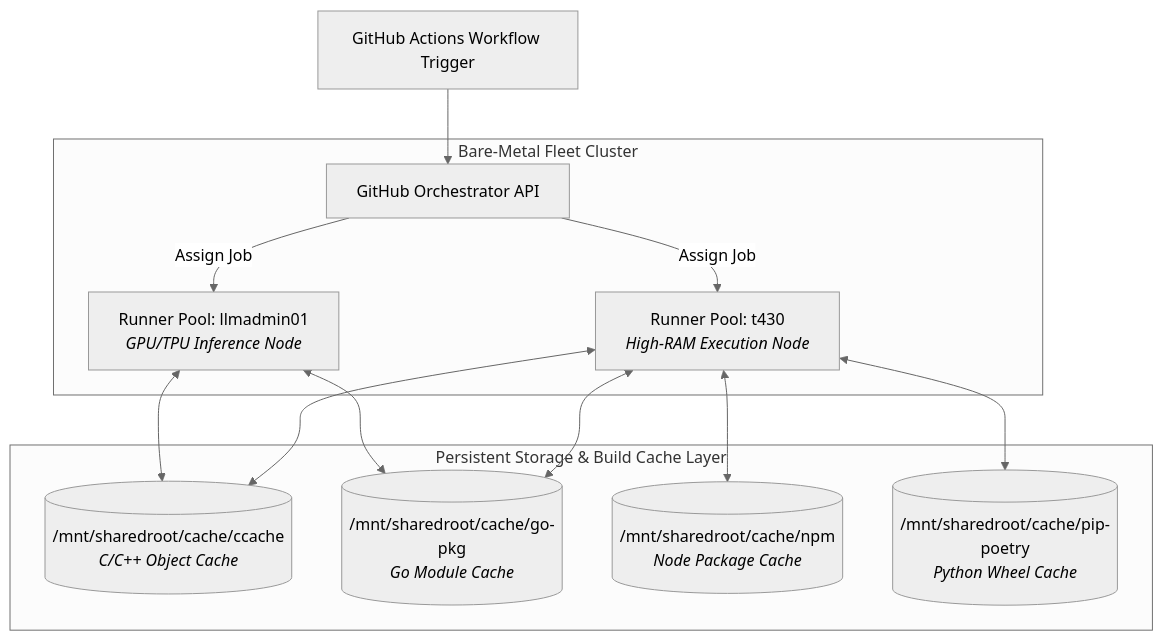
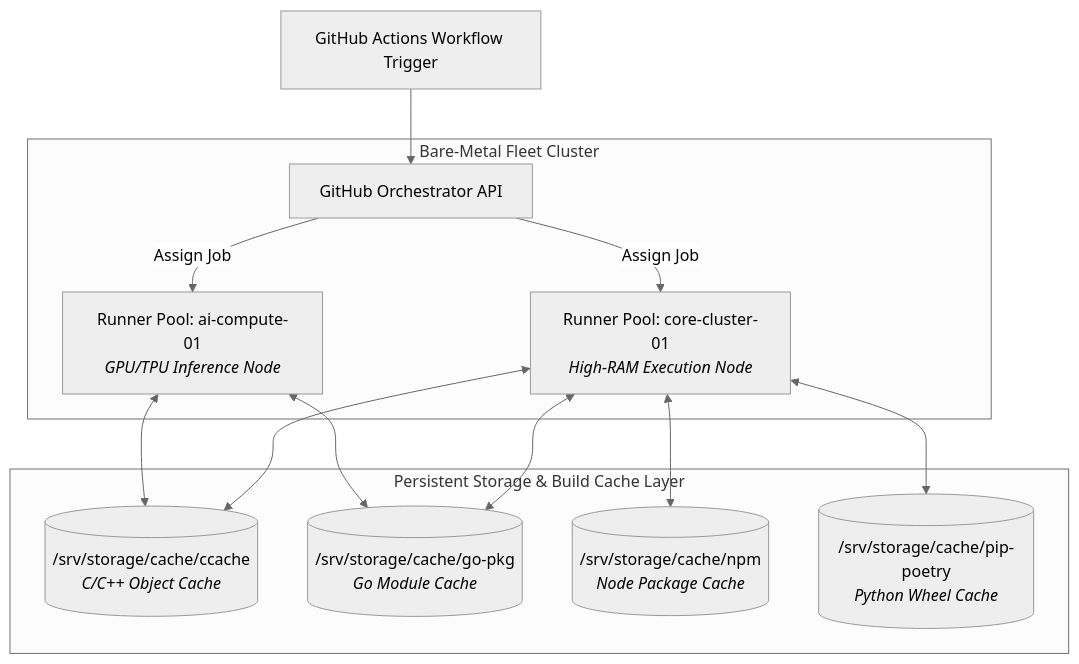
One commit to rpdev-cdn/iamrp.dev changed the diagram in content/Projects/Infrastructure-and-CICD/Self_Hosted_CICD_Build_Fleet.md. Above: the diagram before and after it, drawn with Mermaid (neutral theme). The commit also changed other lines of this file and 220 other files, not shown here.

````diff
--- a/content/Projects/Infrastructure-and-CICD/Self_Hosted_CICD_Build_Fleet.md
+++ b/content/Projects/Infrastructure-and-CICD/Self_Hosted_CICD_Build_Fleet.md
@@ -23,23 +23,23 @@
 ```mermaid
 graph TD
     A[GitHub Actions Workflow Trigger] --> B[GitHub Orchestrator API]
 
     subgraph Bare-Metal Fleet Cluster
-        B -->|Assign Job| C[Runner Pool: t430<br><i>High-RAM Execution Node</i>]
-        B -->|Assign Job| D[Runner Pool: llmadmin01<br><i>GPU/TPU Inference Node</i>]
+        B -->|Assign Job| C[Runner Pool: core-cluster-01<br><i>High-RAM Execution Node</i>]
+        B -->|Assign Job| D[Runner Pool: ai-compute-01<br><i>GPU/TPU Inference Node</i>]
     end
 
     subgraph Persistent Storage & Build Cache Layer
-        E[(/mnt/sharedroot/cache/ccache<br><i>C/C++ Object Cache</i>)]
-        F[(/mnt/sharedroot/cache/go-pkg<br><i>Go Module Cache</i>)]
-        G[(/mnt/sharedroot/cache/npm<br><i>Node Package Cache</i>)]
-        H[(/mnt/sharedroot/cache/pip-poetry<br><i>Python Wheel Cache</i>)]
+        E[(/srv/storage/cache/ccache<br><i>C/C++ Object Cache</i>)]
+        F[(/srv/storage/cache/go-pkg<br><i>Go Module Cache</i>)]
+        G[(/srv/storage/cache/npm<br><i>Node Package Cache</i>)]
+        H[(/srv/storage/cache/pip-poetry<br><i>Python Wheel Cache</i>)]
     end
 
     C <--> E
     C <--> F
     C <--> G
     C <--> H
     D <--> E
     D <--> F
 ```
````
